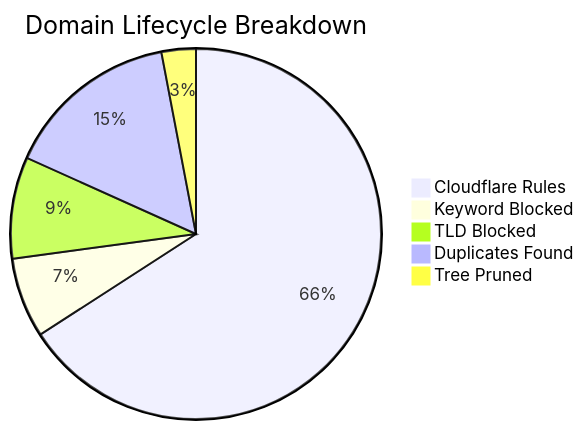
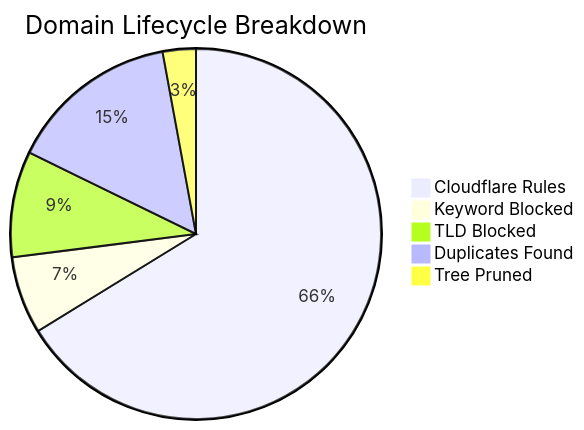
One commit to brojangles24/Cloudflare-ZeroTrust-AdBlock changed the diagram in README_STATS.md. Above: the diagram before and after it, drawn with Mermaid. The commit also changed other lines of this file and 1 other file, not shown here.

````diff
--- a/README_STATS.md
+++ b/README_STATS.md
@@ -5,8 +5,8 @@
 ```mermaid
 pie title Domain Lifecycle Breakdown
-    "Cloudflare Rules" : 270121
-    "Keyword Blocked" : 28685
-    "TLD Blocked" : 36370
-    "Duplicates Found" : 62612
-    "Tree Pruned" : 12298
+    "Cloudflare Rules" : 281553
+    "Keyword Blocked" : 28712
+    "TLD Blocked" : 39320
+    "Duplicates Found" : 63213
+    "Tree Pruned" : 12302
 ```
````
